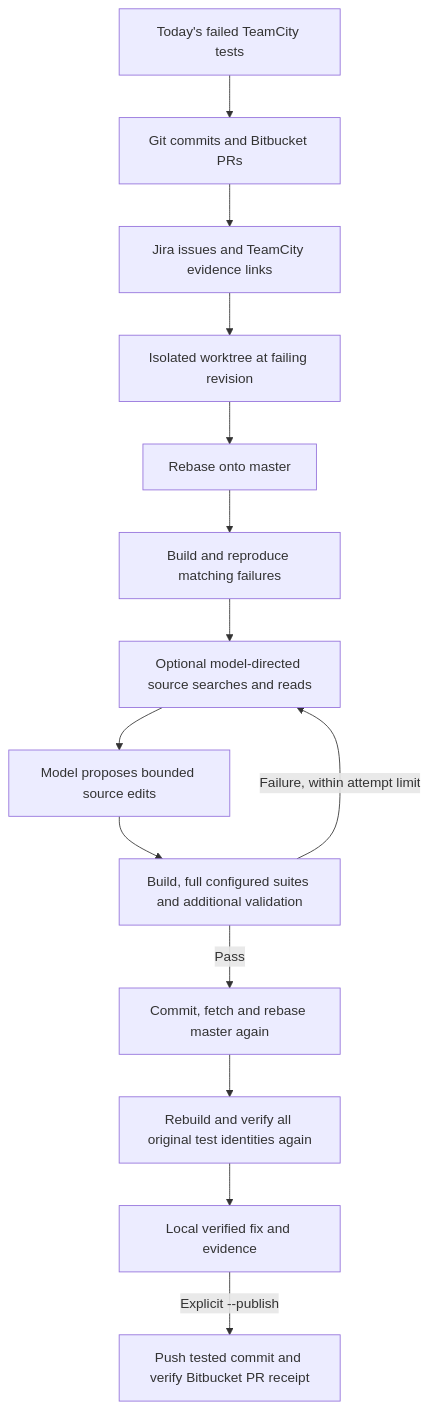
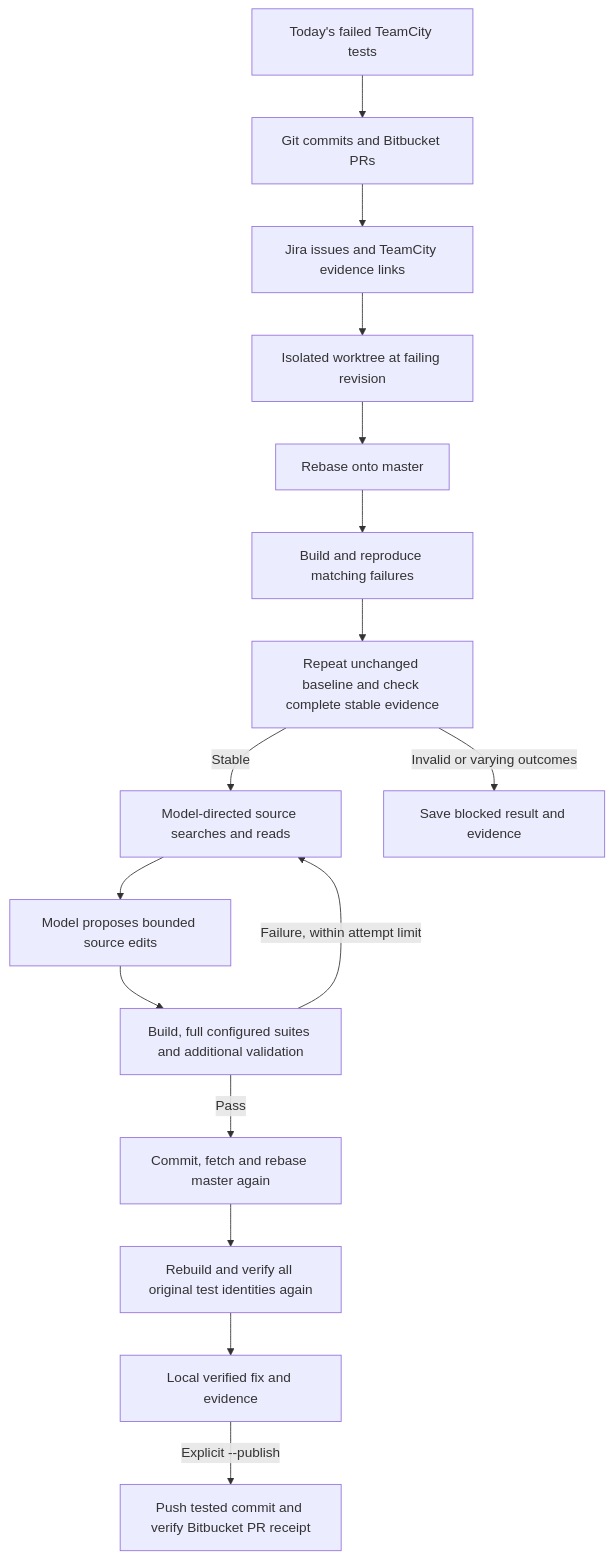
One commit to Nielk74/auto-fix changed the diagram in README.md. Above: the diagram before and after it, drawn with Mermaid. The commit also changed other lines of this file and 10 other files, not shown here.

````diff
--- a/README.md
+++ b/README.md
@@ -9,16 +9,18 @@
 ```mermaid
 flowchart TD
     A[Today's failed TeamCity tests] --> B[Git commits and Bitbucket PRs]
     B --> C[Jira issues and TeamCity evidence links]
     C --> D[Isolated worktree at failing revision]
     D --> E[Rebase onto master]
     E --> F[Build and reproduce matching failures]
-    F --> R[Optional model-directed source searches and reads]
+    F --> Q[Repeat unchanged baseline and check complete stable evidence]
+    Q -->|Stable| R[Model-directed source searches and reads]
+    Q -->|Invalid or varying outcomes| Z[Save blocked result and evidence]
     R --> G[Model proposes bounded source edits]
     G --> H[Build, full configured suites and additional validation]
     H -->|Failure, within attempt limit| R
     H -->|Pass| I[Commit, fetch and rebase master again]
     I --> J[Rebuild and verify all original test identities again]
     J --> K[Local verified fix and evidence]
     K -->|Explicit --publish| L[Push tested commit and verify Bitbucket PR receipt]
 ```
````
